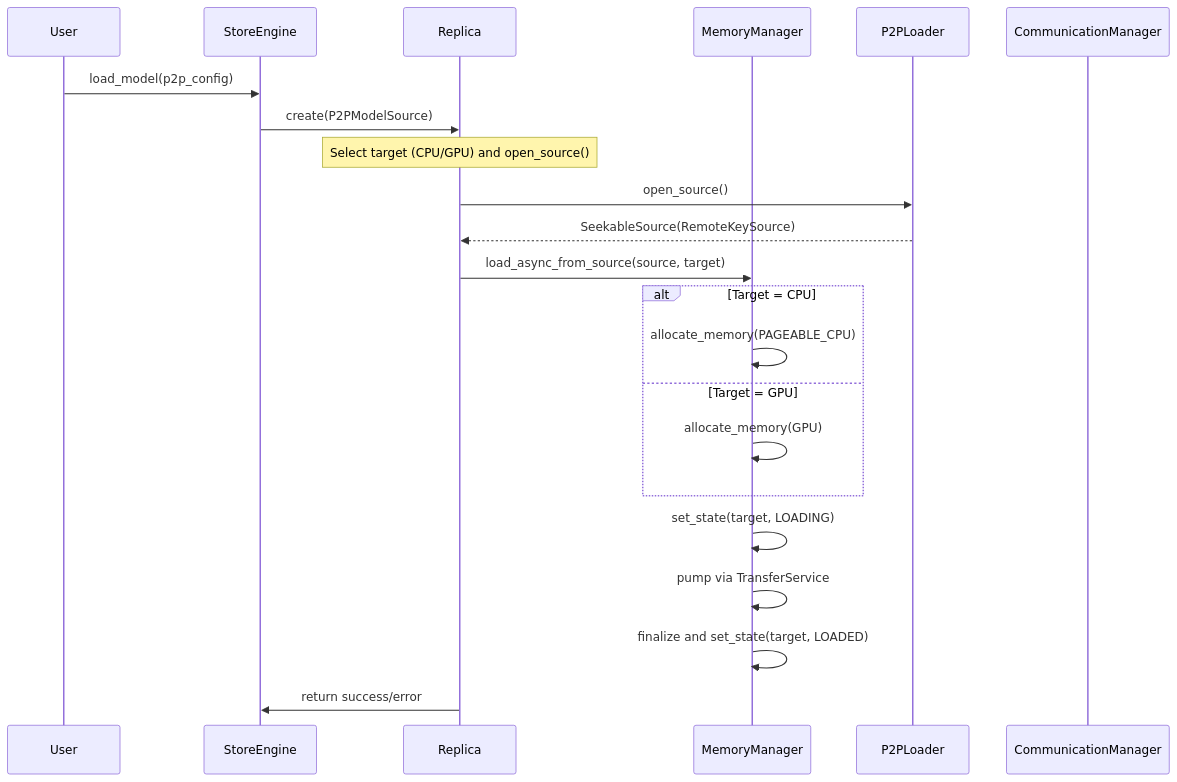
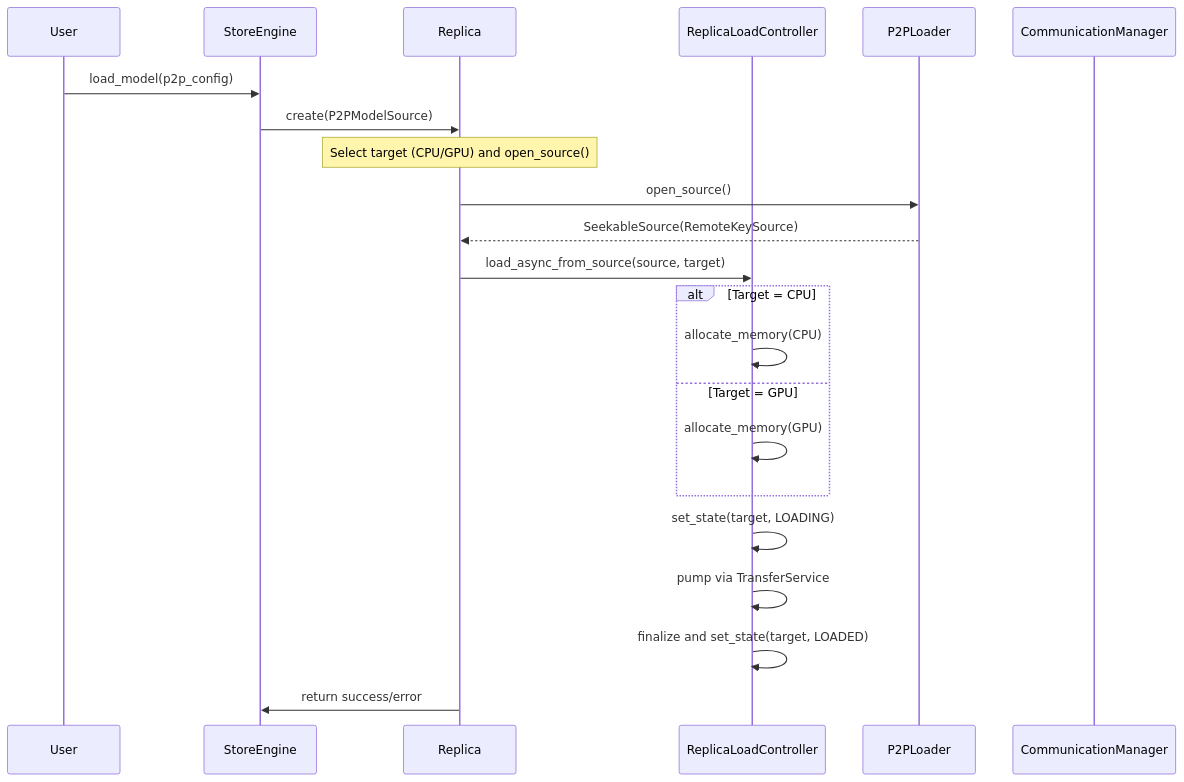
Diagram 12 of 13 in core/store/docs/architecture.md (tensorcast-ai/tensorcast), drawn with Mermaid before and after one commit. The commit also changed other lines of this file and 155 other files, not shown here.

````diff
--- a/core/store/docs/architecture.md
+++ b/core/store/docs/architecture.md
@@ -523,29 +519,29 @@
 ```mermaid
 sequenceDiagram
     participant User
     participant CS as StoreEngine
     participant M as Replica
-    participant MM as MemoryManager
+    participant MM as ReplicaLoadController
     participant RL as P2PLoader
     participant CM as CommunicationManager
 
     User->>CS: load_model(p2p_config)
     CS->>M: create(P2PModelSource)
 
     Note over M: Select target (CPU/GPU) and open_source()
     M->>RL: open_source()
     RL-->>M: SeekableSource(RemoteKeySource)
     M->>MM: load_async_from_source(source, target)
 
     alt Target = CPU
-        MM->>MM: allocate_memory(PAGEABLE_CPU)
+        MM->>MM: allocate_memory(CPU)
     else Target = GPU
         MM->>MM: allocate_memory(GPU)
     end
 
     MM->>MM: set_state(target, LOADING)
     MM->>MM: pump via TransferService
     MM->>MM: finalize and set_state(target, LOADED)
 
     M->>CS: return success/error
 ```
````
